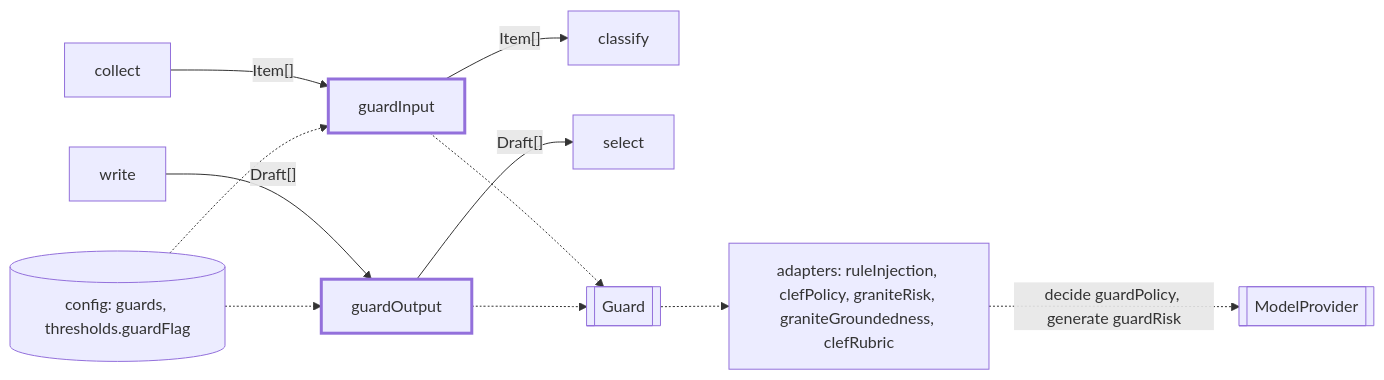
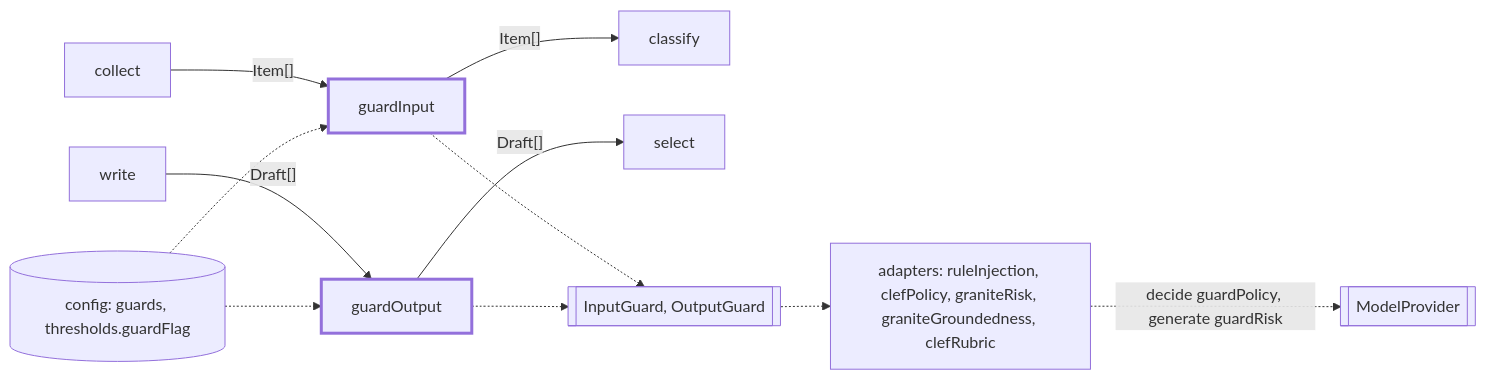
Before and after one commit to odere-pro/weekly-engineering-digest-agent: the first of 2 diagrams in src/guards/CLAUDE.md, drawn with Mermaid. The commit also changed other lines of this file and 8 other files, not shown here.

````diff
--- a/src/guards/CLAUDE.md
+++ b/src/guards/CLAUDE.md
@@ -9,10 +10,10 @@
 ```mermaid
 flowchart LR
   collect -->|"Item[]"| guardInput:::focus -->|"Item[]"| classify
   write -->|"Draft[]"| guardOutput:::focus -->|"Draft[]"| select
   cfg[("config: guards, thresholds.guardFlag")] -.-> guardInput & guardOutput
-  guardInput & guardOutput -.-> gp[[Guard]]
+  guardInput & guardOutput -.-> gp[["InputGuard, OutputGuard"]]
   gp -.-> adapters["adapters: ruleInjection, clefPolicy, graniteRisk, graniteGroundedness, clefRubric"]
   adapters -.->|"decide guardPolicy, generate guardRisk"| mp[[ModelProvider]]
   classDef focus stroke-width:3px
 ```
````
